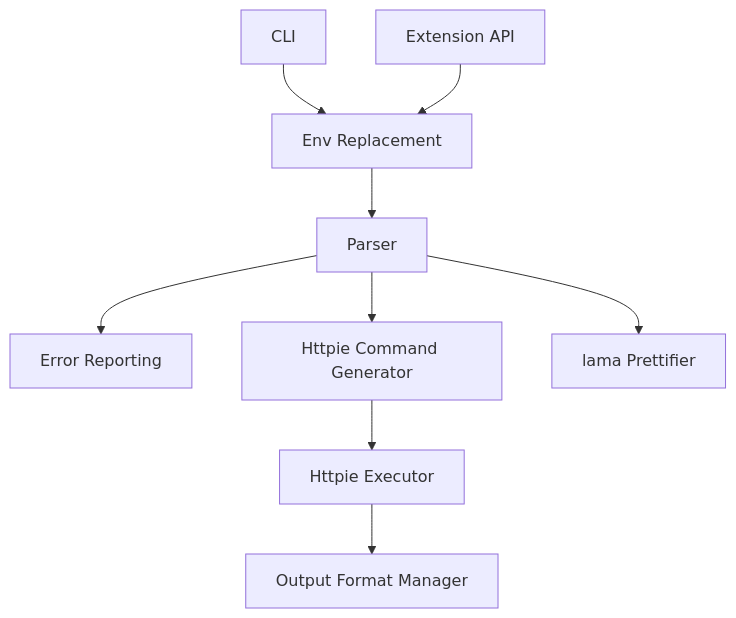
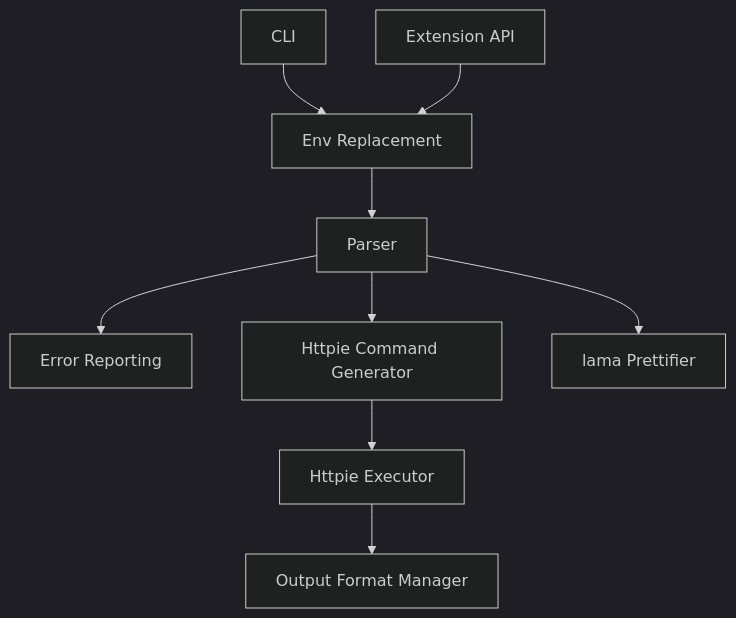
Before and after one commit to HexmosTech/Lama2: the second of 2 diagrams in README.md, drawn with Mermaid. The commit also changed other lines of this file, not shown here.

Commit message:
Dark theme

````diff
--- a/README.md
+++ b/README.md
@@ -72,21 +72,21 @@
 ```mermaid
-%%{init: {'theme': 'forest'}%%
+%%{init: {'securityLevel': 'loose', 'theme':'dark'}}%%
 graph TD
 	A[CLI]
 	B[Parser]	
 	C[Extension API]
 	D[Httpie Executor]
 	E[Output Format Manager]
 	F[Error Reporting]
 	G[Env Replacement]
 	H[Httpie Command Generator]
 	I[lama Prettifier]
 	A --> G
 	C --> G
 	G --> B
 	B --> F
 	B --> H
 	H --> D
 	D --> E
 	B --> I
 ```
````
